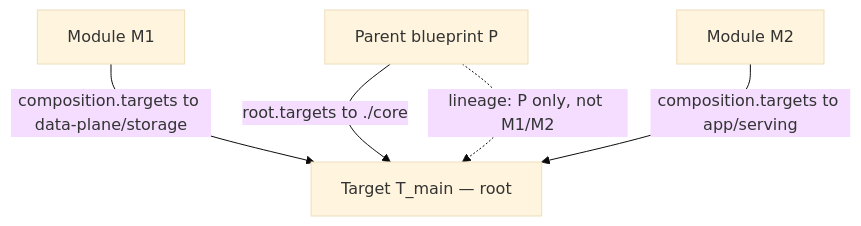
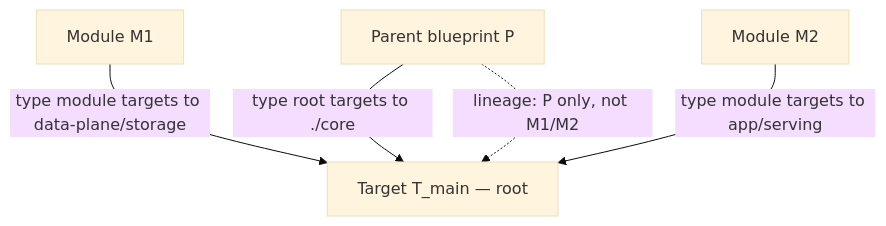
The third of 8 diagrams in spdd/analysis/BDMD-4820-202608251703-[Analysis]-support-all-instantiation-repository-scenarios.md (opendatamesh-initiative/odm-platform-pp-blueprint-server), drawn with Mermaid (base theme) before and after one commit. The commit also changed other lines of this file and 53 other files, not shown here.

````diff
--- a/spdd/analysis/BDMD-4820-202608251703-[Analysis]-support-all-instantiation-repository-scenarios.md
+++ b/spdd/analysis/BDMD-4820-202608251703-[Analysis]-support-all-instantiation-repository-scenarios.md
@@ -87,12 +89,12 @@
 ```mermaid
 flowchart TB
   P["Parent blueprint P"]
   M1["Module M1"]
   M2["Module M2"]
   T["Target T_main — root"]
 
-  P -->|"root.targets to ./core"| T
-  M1 -->|"composition.targets to data-plane/storage"| T
-  M2 -->|"composition.targets to app/serving"| T
+  P -->|"type root targets to ./core"| T
+  M1 -->|"type module targets to data-plane/storage"| T
+  M2 -->|"type module targets to app/serving"| T
   P -.->|"lineage: P only, not M1/M2"| T
 ```
````
